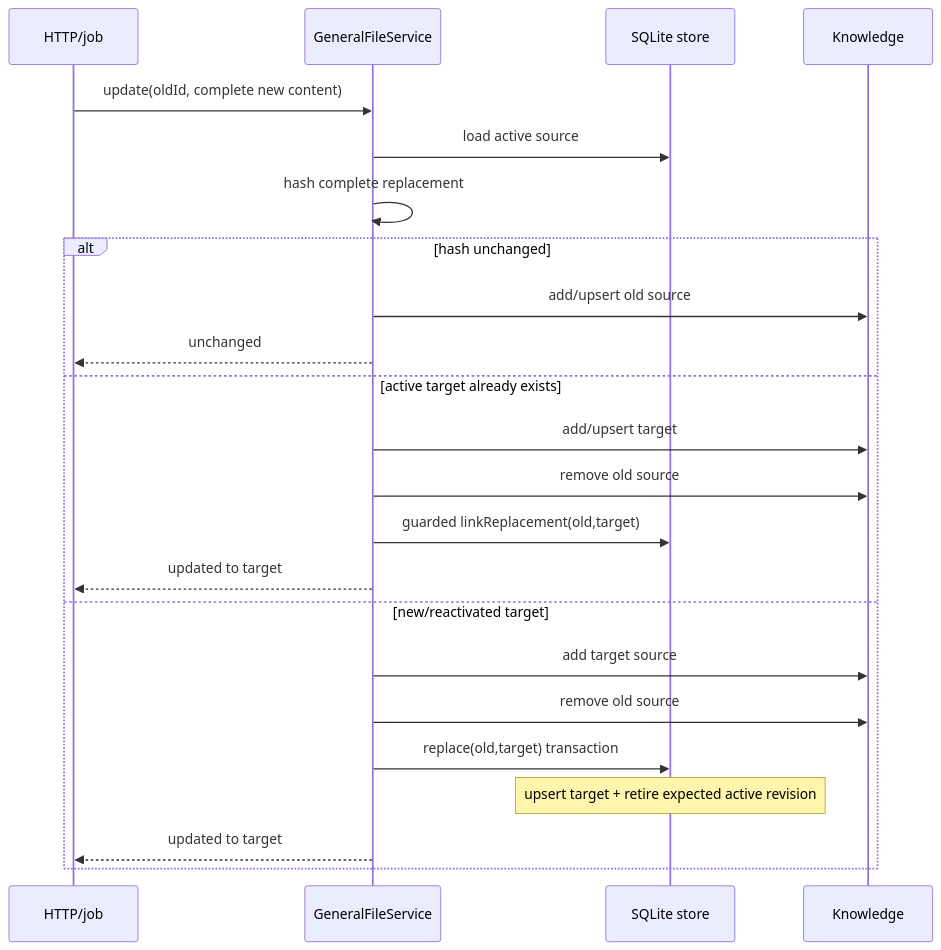
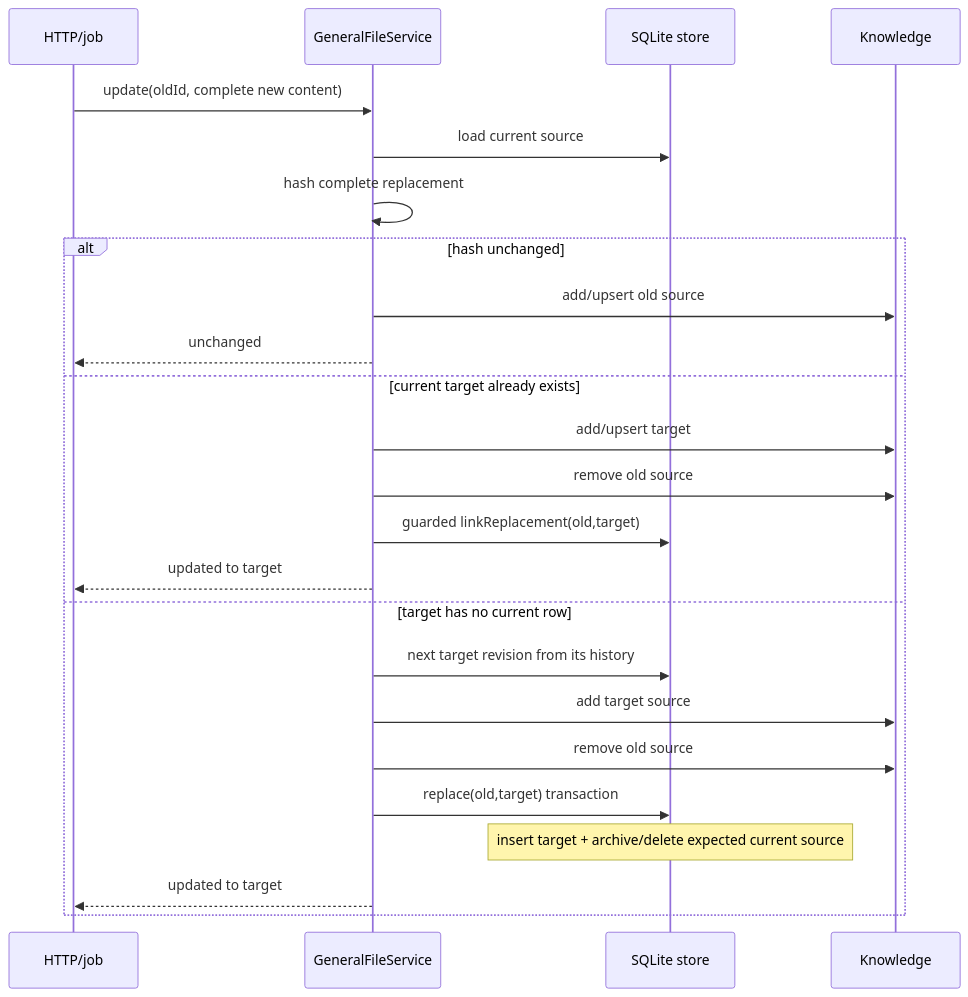
The second of 2 diagrams in apps/backend/src/3-capabilities/general-files/docs/flows.md (gccurtis/icarus), drawn with Mermaid before and after one commit. The commit also changed other lines of this file and 88 other files, not shown here.

````diff
--- a/apps/backend/src/3-capabilities/general-files/docs/flows.md
+++ b/apps/backend/src/3-capabilities/general-files/docs/flows.md
@@ -50,25 +56,26 @@
 ```mermaid
 sequenceDiagram
   participant H as HTTP/job
   participant G as GeneralFileService
   participant S as SQLite store
   participant K as Knowledge
   H->>G: update(oldId, complete new content)
-  G->>S: load active source
+  G->>S: load current source
   G->>G: hash complete replacement
   alt hash unchanged
     G->>K: add/upsert old source
     G-->>H: unchanged
-  else active target already exists
+  else current target already exists
     G->>K: add/upsert target
     G->>K: remove old source
     G->>S: guarded linkReplacement(old,target)
     G-->>H: updated to target
-  else new/reactivated target
+  else target has no current row
+    G->>S: next target revision from its history
     G->>K: add target source
     G->>K: remove old source
     G->>S: replace(old,target) transaction
-    Note over S: upsert target + retire expected active revision
+    Note over S: insert target + archive/delete expected current source
     G-->>H: updated to target
   end
 ```
````
